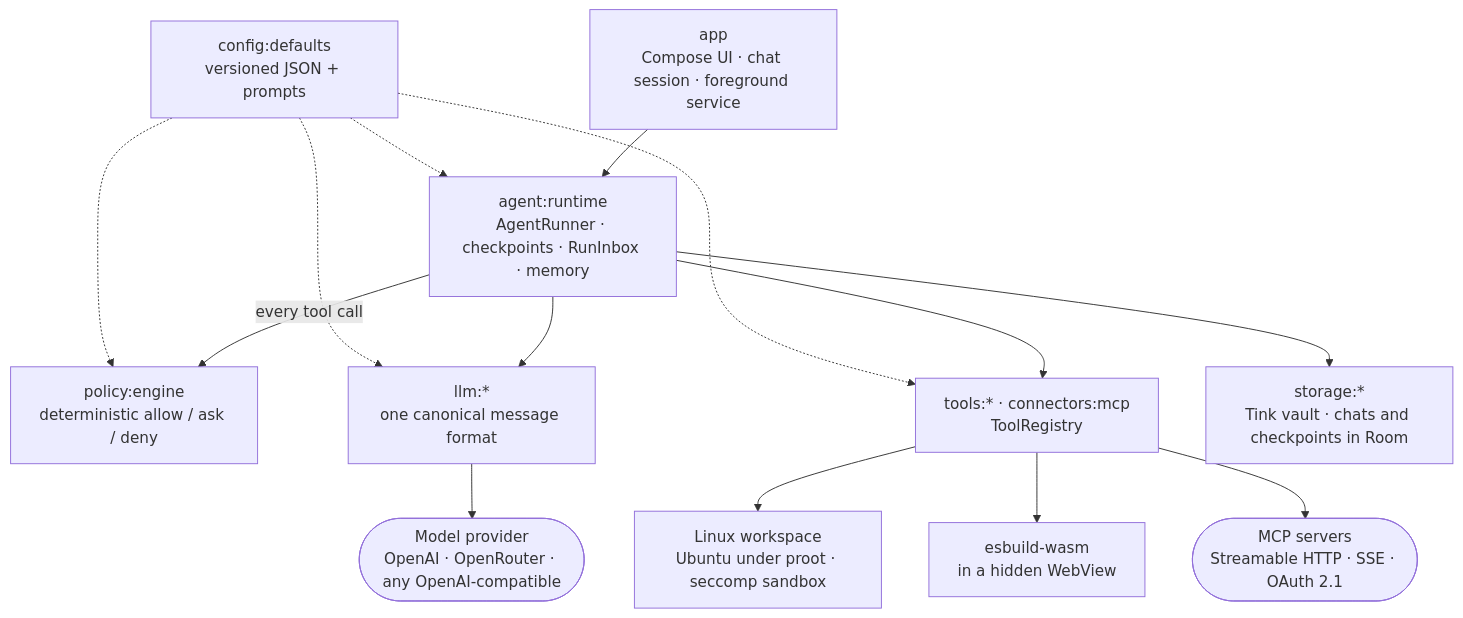
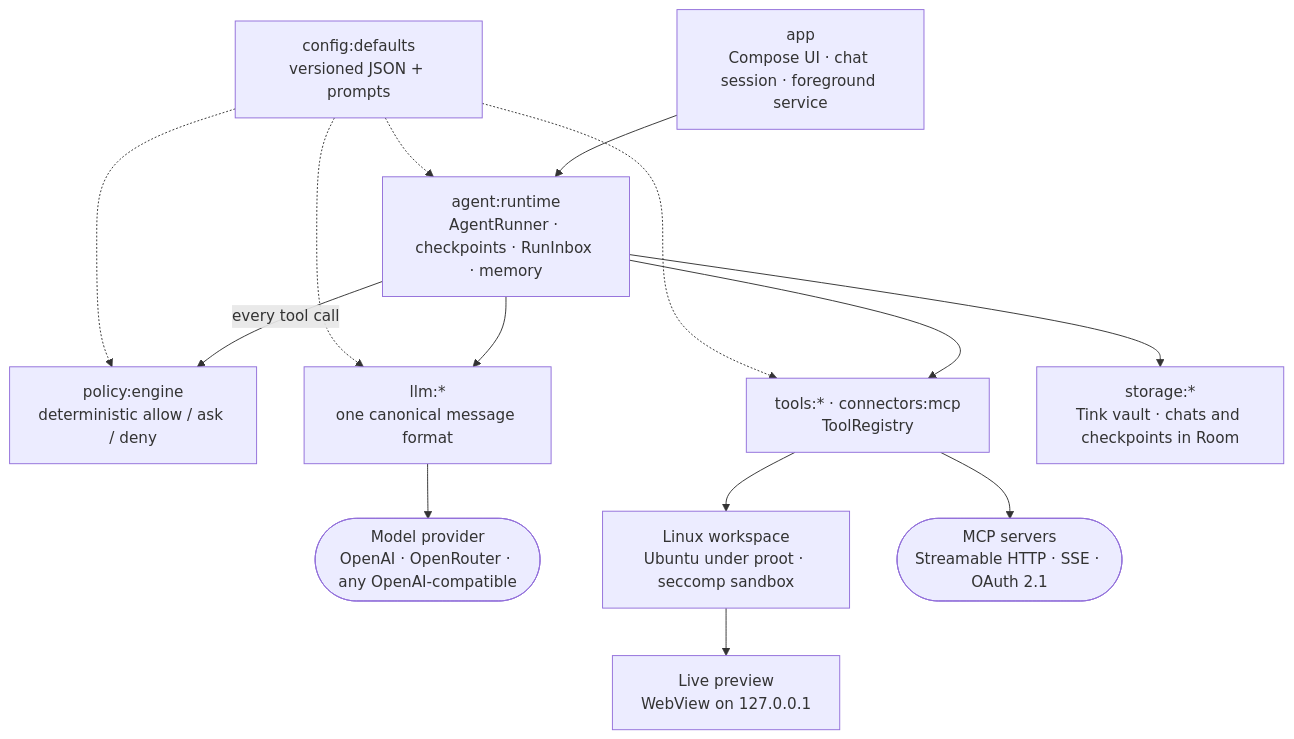
The diagram in README.md (Arunprakaash/Whittle), drawn with Mermaid before and after one commit. The commit also changed other lines of this file and 94 other files, not shown here.

````diff
--- a/README.md
+++ b/README.md
@@ -24,24 +24,24 @@
 ```mermaid
 flowchart TB
     UI["app<br/>Compose UI · chat session · foreground service"]
     RUN["agent:runtime<br/>AgentRunner · checkpoints · RunInbox · memory"]
     POL["policy:engine<br/>deterministic allow / ask / deny"]
     LLM["llm:*<br/>one canonical message format"]
     TOOLS["tools:* · connectors:mcp<br/>ToolRegistry"]
     STORE["storage:*<br/>Tink vault · chats and checkpoints in Room"]
     CFG["config:defaults<br/>versioned JSON + prompts"]
     PROV(["Model provider<br/>OpenAI · OpenRouter · any OpenAI-compatible"])
     SANDBOX["Linux workspace<br/>Ubuntu under proot · seccomp sandbox"]
-    BUNDLER["esbuild-wasm<br/>in a hidden WebView"]
+    PREVIEW["Live preview<br/>WebView on 127.0.0.1"]
     MCP(["MCP servers<br/>Streamable HTTP · SSE · OAuth 2.1"])
 
     UI --> RUN
     RUN --> LLM --> PROV
     RUN -- every tool call --> POL
     RUN --> TOOLS
     RUN --> STORE
     TOOLS --> SANDBOX
-    TOOLS --> BUNDLER
+    SANDBOX --> PREVIEW
     TOOLS --> MCP
     CFG -.-> RUN & POL & TOOLS & LLM
 ```
````
